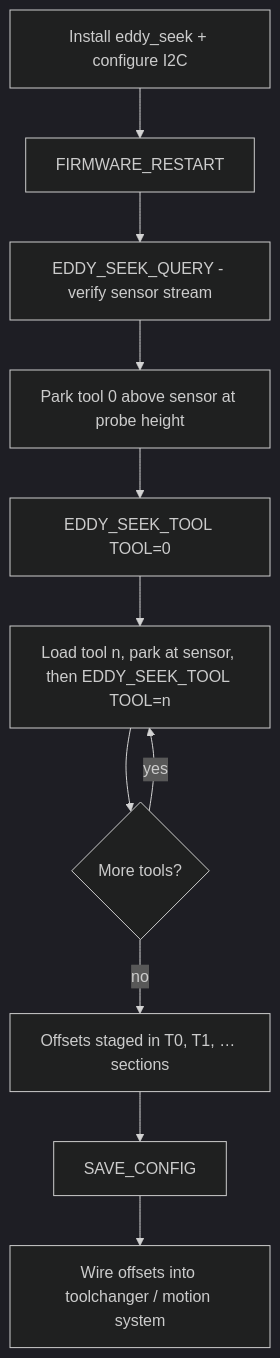
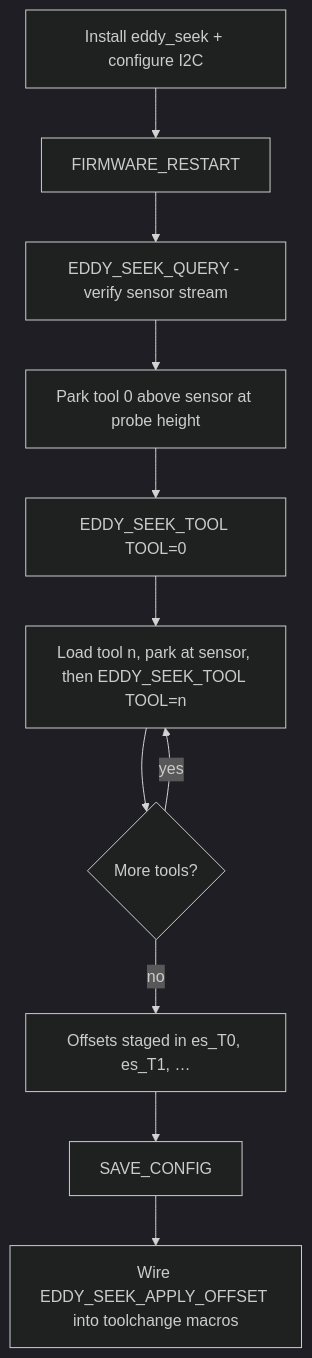
One commit to charliemayall/EddySeek changed the first of 7 diagrams in docs/CALIBRATION_PROCESS.md. Above: the diagram before and after it, drawn with Mermaid (dark theme). The commit also changed other lines of this file and 15 other files, not shown here.

````diff
--- a/docs/CALIBRATION_PROCESS.md
+++ b/docs/CALIBRATION_PROCESS.md
@@ -30,13 +34,13 @@
 ```mermaid
 flowchart TD
     A[Install eddy_seek + configure I2C] --> B[FIRMWARE_RESTART]
     B --> C[EDDY_SEEK_QUERY - verify sensor stream]
     C --> D[Park tool 0 above sensor at probe height]
     D --> G[EDDY_SEEK_TOOL TOOL=0]
     G --> H[Load tool n, park at sensor, then EDDY_SEEK_TOOL TOOL=n]
     H --> MORE{More tools?}
     MORE -->|yes| H
-    MORE -->|no| J[Offsets staged in T0, T1, … sections]
+    MORE -->|no| J[Offsets staged in es_T0, es_T1, …]
     J --> K[SAVE_CONFIG]
-    K --> L[Wire offsets into toolchanger / motion system]
+    K --> L[Wire EDDY_SEEK_APPLY_OFFSET into toolchange macros]
 ```
````
